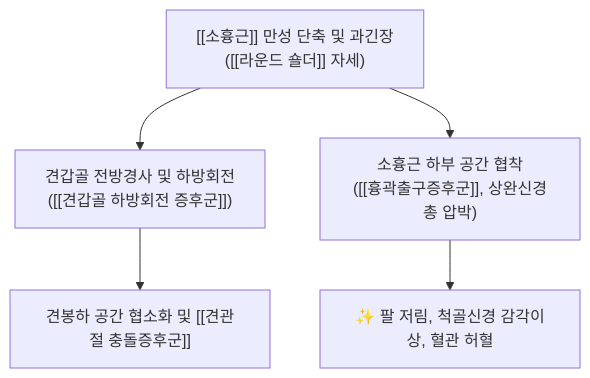
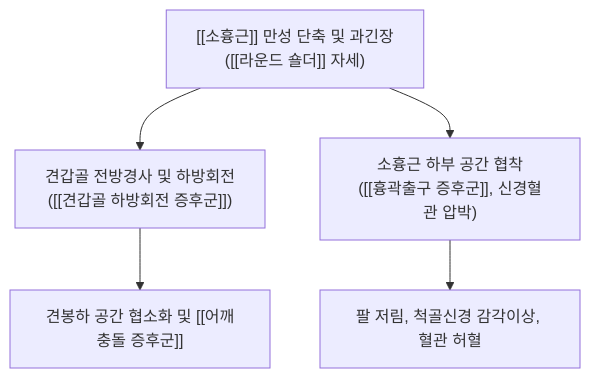
One commit to simbio11/simbio-digital-garden2 changed the second of 3 diagrams in content/1. 근골격계 공부/근육/(4) 어깨/소흉근.md. Above: the diagram before and after it, drawn with Mermaid. The commit also changed other lines of this file and 150 other files, not shown here.

````diff
--- a/content/1. 근골격계 공부/근육/(4) 어깨/소흉근.md
+++ b/content/1. 근골격계 공부/근육/(4) 어깨/소흉근.md
@@ -56,10 +66,7 @@
 ```mermaid
 graph TD
-    PecMinorTight["[[소흉근]] 만성 단축 및 과긴장
-([[라운드 숄더]] 자세)"] --> ScapularAntTilt["견갑골 전방경사 및 하방회전
-([[견갑골 하방회전 증후군]])"]
-    ScapularAntTilt --> Impingement["견봉하 공간 협소화 및 [[견관절 충돌증후군]]"]
-    PecMinorTight --> TOS["소흉근 하부 공간 협착
-([[흉곽출구증후군]], 상완신경총 압박)"]
-    TOS --> ArmNumbness["✨ 팔 저림, 척골신경 감각이상, 혈관 허혈"]
+    PecMinorTight["[[소흉근]] 만성 단축 및 과긴장<br>([[라운드 숄더]] 자세)"] --> ScapularAntTilt["견갑골 전방경사 및 하방회전<br>([[견갑골 하방회전 증후군]])"]
+    ScapularAntTilt --> Impingement["견봉하 공간 협소화 및 [[어깨충돌 증후군]]"]
+    PecMinorTight --> TOS["소흉근 하부 공간 협착<br>([[흉곽출구 증후군]], 신경혈관 압박)"]
+    TOS --> ArmNumbness["팔 저림, 척골신경 감각이상, 혈관 허혈"]
 ```
````
